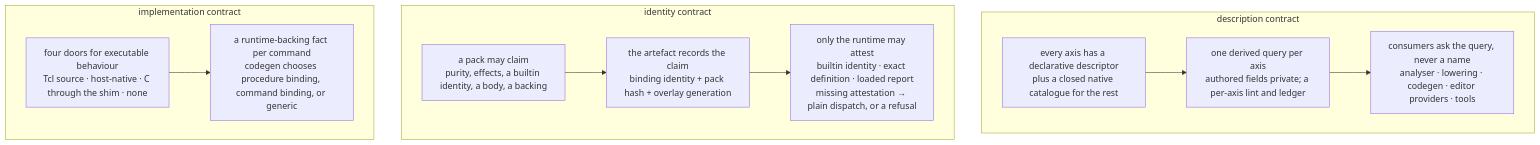
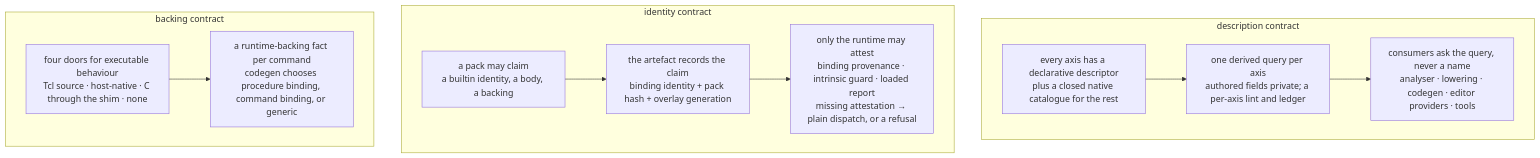
The first of 4 diagrams in docs/design/compiler/registry-consumer-contracts.md (bitwisecook/tcl-lsp), drawn with Mermaid before and after one commit. The commit also changed other lines of this file and 7 other files, not shown here.

````diff
--- a/docs/design/compiler/registry-consumer-contracts.md
+++ b/docs/design/compiler/registry-consumer-contracts.md
@@ -38,14 +58,14 @@
 ```mermaid
 flowchart TB
     subgraph description["description contract"]
         D1["every axis has a declarative descriptor<br/>plus a closed native catalogue for the rest"] --> D2["one derived query per axis<br/>authored fields private; a per-axis lint and ledger"]
         D2 --> D3["consumers ask the query, never a name<br/>analyser · lowering · codegen · editor providers · tools"]
     end
     subgraph identity["identity contract"]
-        I1["a pack may claim<br/>purity, effects, a builtin identity, a body, a backing"] --> I2["the artefact records the claim<br/>binding identity + pack hash + overlay generation"]
-        I2 --> I3["only the runtime may attest<br/>builtin identity · exact definition · loaded report<br/>missing attestation → plain dispatch, or a refusal"]
+        I1["a pack may claim<br/>a builtin identity, a body, a backing"] --> I2["the artefact records the claim<br/>binding identity + pack hash + overlay generation"]
+        I2 --> I3["only the runtime may attest<br/>binding provenance · intrinsic guard · loaded report<br/>missing attestation → plain dispatch, or a refusal"]
     end
-    subgraph implementation["implementation contract"]
+    subgraph backing["backing contract"]
         M1["four doors for executable behaviour<br/>Tcl source · host-native · C through the shim · none"] --> M2["a runtime-backing fact per command<br/>codegen chooses procedure binding, command binding, or generic"]
     end
 ```
````
